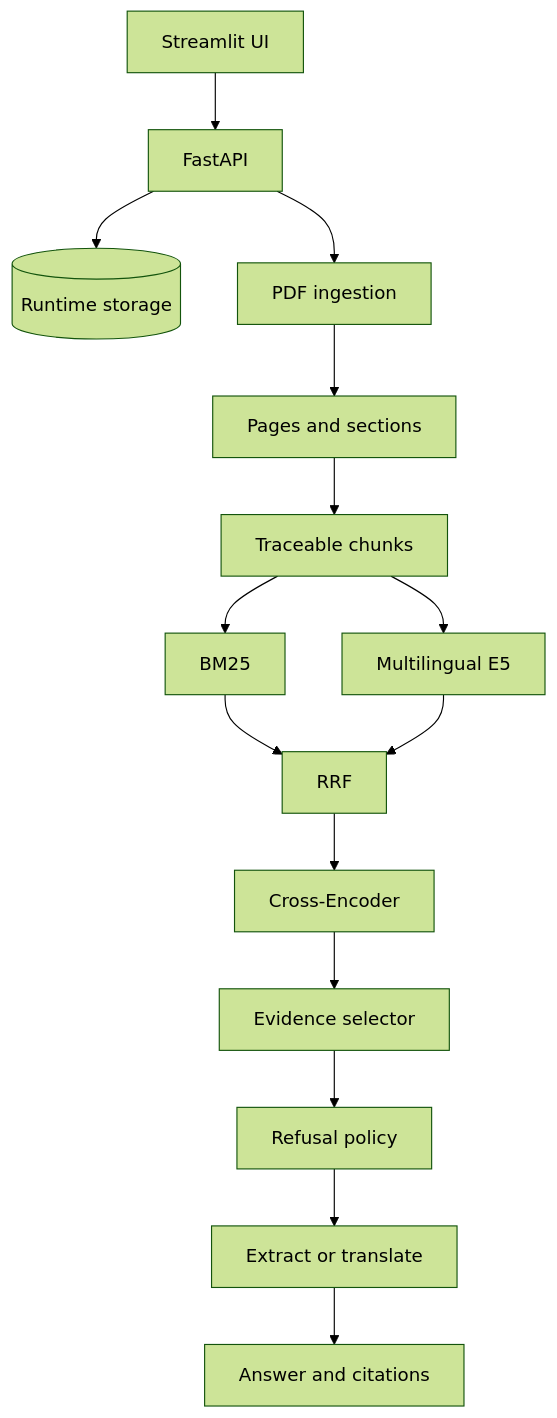
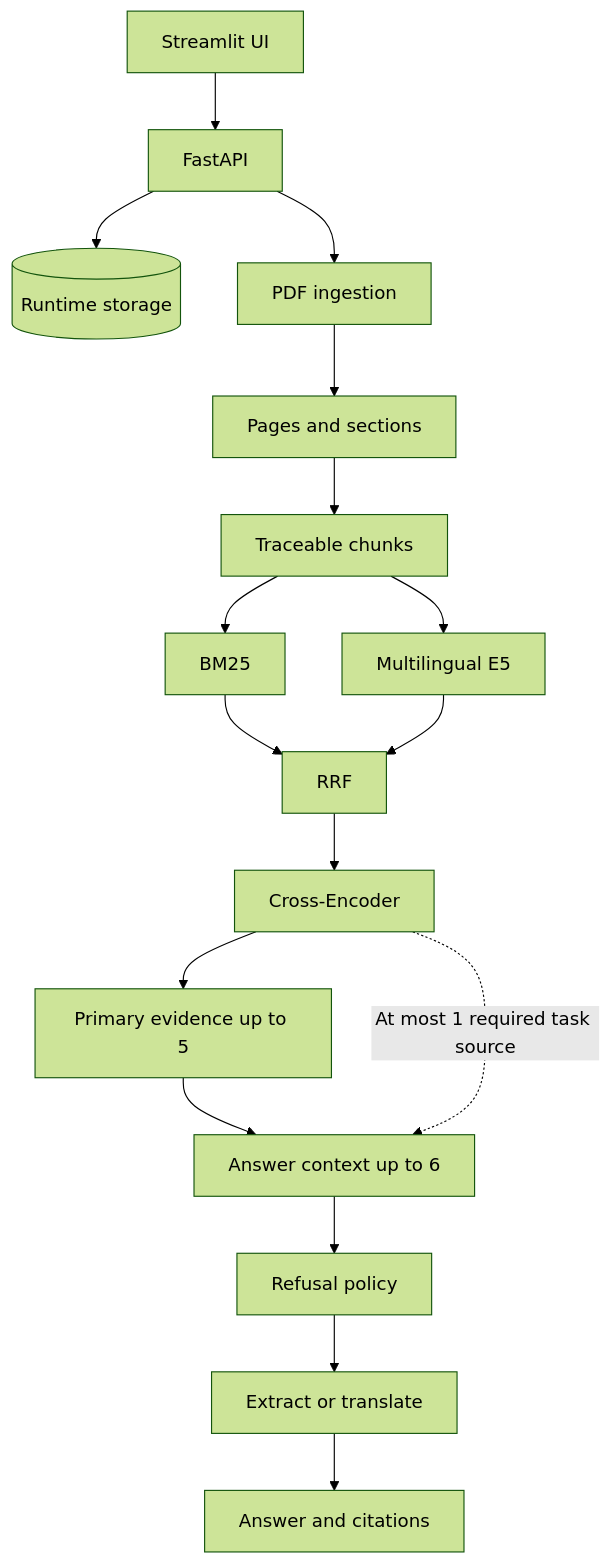
The diagram in docs/architecture.md (Dongmyung378/Evidence-Grounded-Paper-QnA), drawn with Mermaid (forest theme) before and after one commit. The commit also changed other lines of this file and 169 other files, not shown here.

````diff
--- a/docs/architecture.md
+++ b/docs/architecture.md
@@ -16,17 +35,19 @@
 ```mermaid
 flowchart TD
     UI[Streamlit UI] --> API[FastAPI]
     API --> Store[(Runtime storage)]
     API --> Ingest[PDF ingestion]
     Ingest --> Pages[Pages and sections]
     Pages --> Chunks[Traceable chunks]
     Chunks --> Sparse[BM25]
     Chunks --> Dense[Multilingual E5]
     Sparse --> Fusion[RRF]
     Dense --> Fusion
     Fusion --> Rerank[Cross-Encoder]
-    Rerank --> Evidence[Evidence selector]
-    Evidence --> Guard[Refusal policy]
+    Rerank --> Evidence[Primary evidence up to 5]
+    Evidence --> Context[Answer context up to 6]
+    Rerank -. At most 1 required task source .-> Context
+    Context --> Guard[Refusal policy]
     Guard --> Compose[Extract or translate]
     Compose --> Response[Answer and citations]
 ```
````
